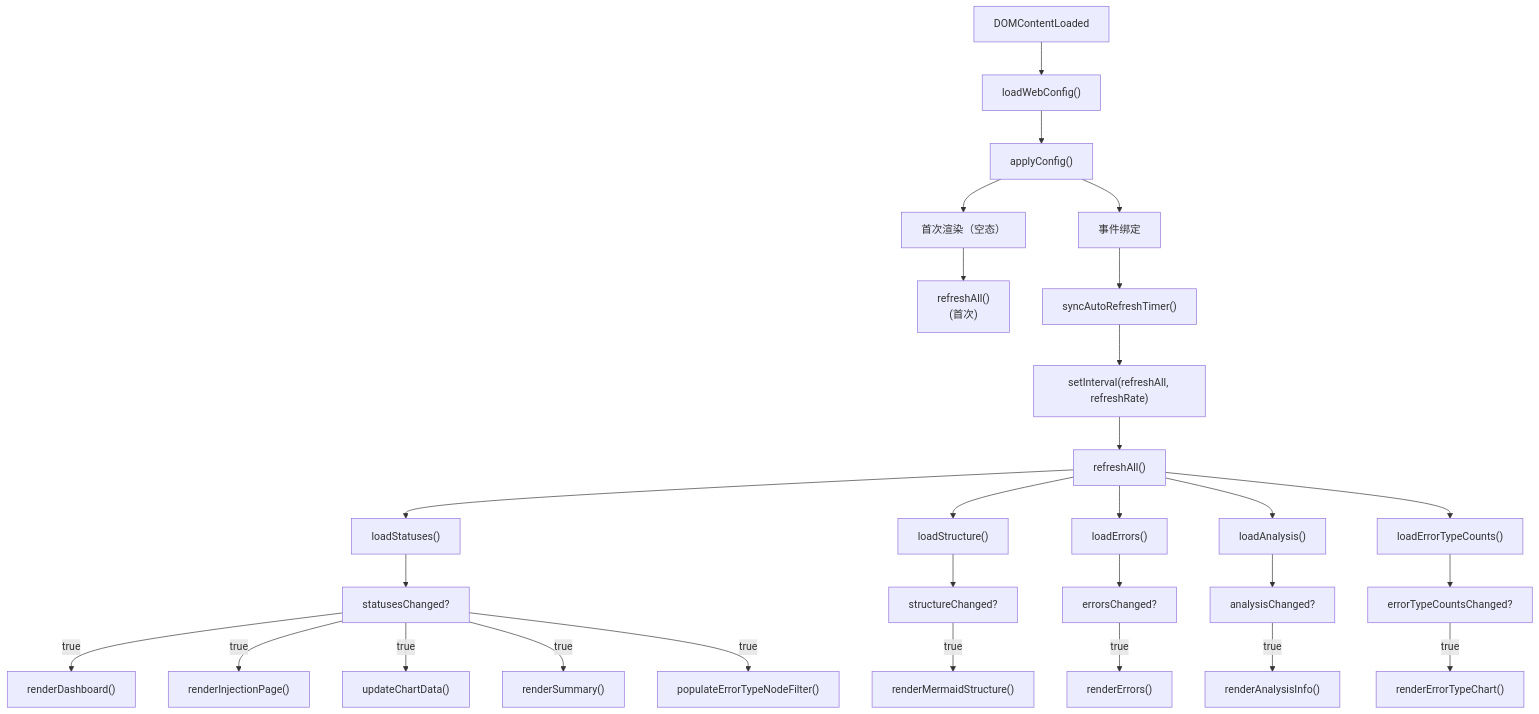
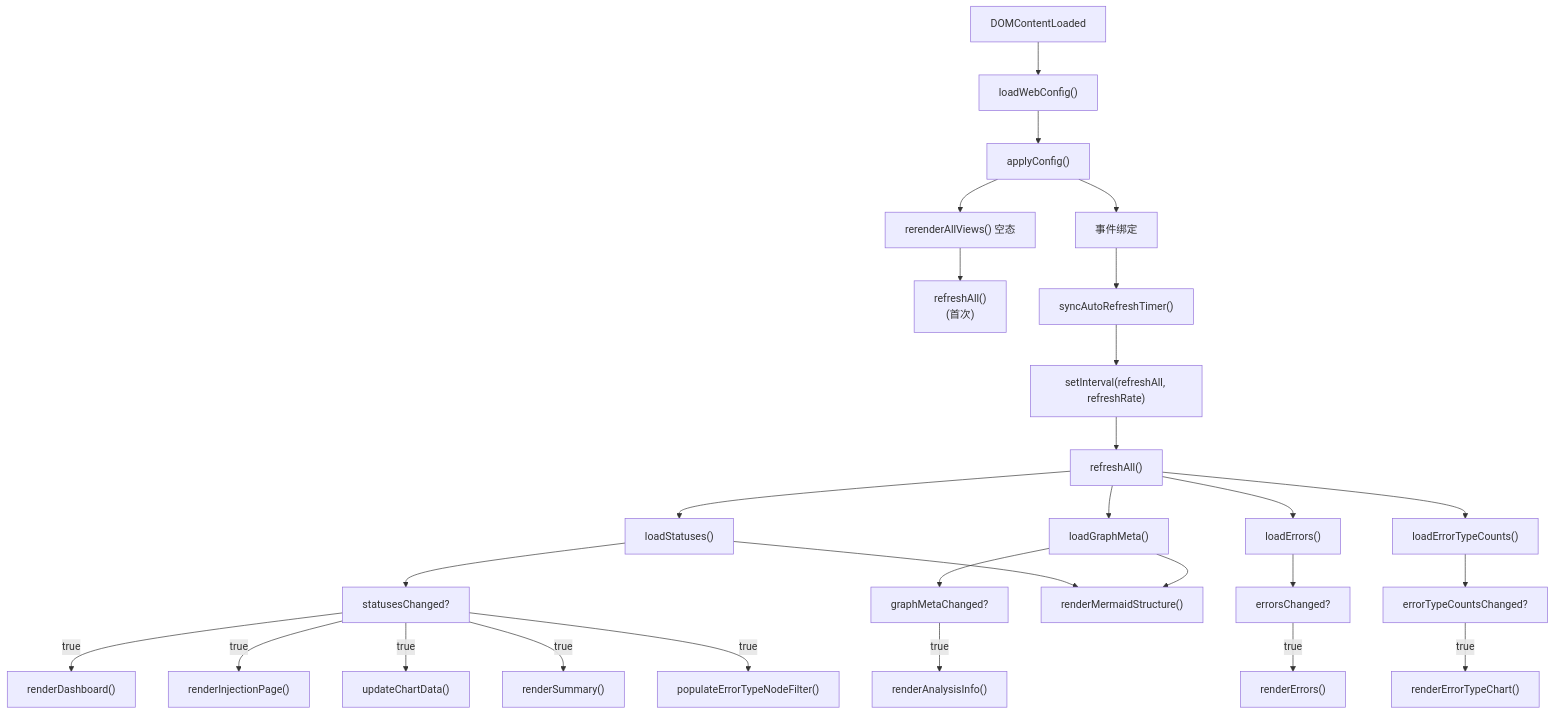
The second of 2 diagrams in docs/zh-CN/src/static/ts/main.md (Mr-xiaotian/celestialflow-web), drawn with Mermaid before and after one commit. The commit also changed other lines of this file and 46 other files, not shown here.

````diff
--- a/docs/zh-CN/src/static/ts/main.md
+++ b/docs/zh-CN/src/static/ts/main.md
@@ -109,36 +117,35 @@
 ```mermaid
 flowchart TD
     A["DOMContentLoaded"] --> B["loadWebConfig()"]
     B --> C["applyConfig()"]
-    C --> D["首次渲染（空态）"]
+    C --> D["rerenderAllViews() 空态"]
     C --> E["事件绑定"]
     D --> F["refreshAll()<br/>(首次)"]
     E --> G["syncAutoRefreshTimer()"]
     G --> H["setInterval(refreshAll, refreshRate)"]
 
     H --> RA["refreshAll()"]
     RA --> I["loadStatuses()"]
-    RA --> J["loadStructure()"]
+    RA --> J["loadGraphMeta()"]
     RA --> K["loadErrors()"]
-    RA --> L["loadAnalysis()"]
     RA --> M["loadErrorTypeCounts()"]
 
     I --> N["statusesChanged?"]
     N -->|true| O["renderDashboard()"]
     N -->|true| P["renderInjectionPage()"]
     N -->|true| Q["updateChartData()"]
     N -->|true| R["renderSummary()"]
     N -->|true| P2["populateErrorTypeNodeFilter()"]
 
-    J --> S["structureChanged?"]
-    S -->|true| T["renderMermaidStructure()"]
+    J --> S["graphMetaChanged?"]
+    S -->|true| T["renderAnalysisInfo()"]
+
+    I --> RM["renderMermaidStructure()"]
+    J --> RM
 
     K --> U["errorsChanged?"]
     U -->|true| V["renderErrors()"]
 
-    L --> W["analysisChanged?"]
-    W -->|true| X["renderAnalysisInfo()"]
-
     M --> Y["errorTypeCountsChanged?"]
     Y -->|true| Z["renderErrorTypeChart()"]
 ```
````
